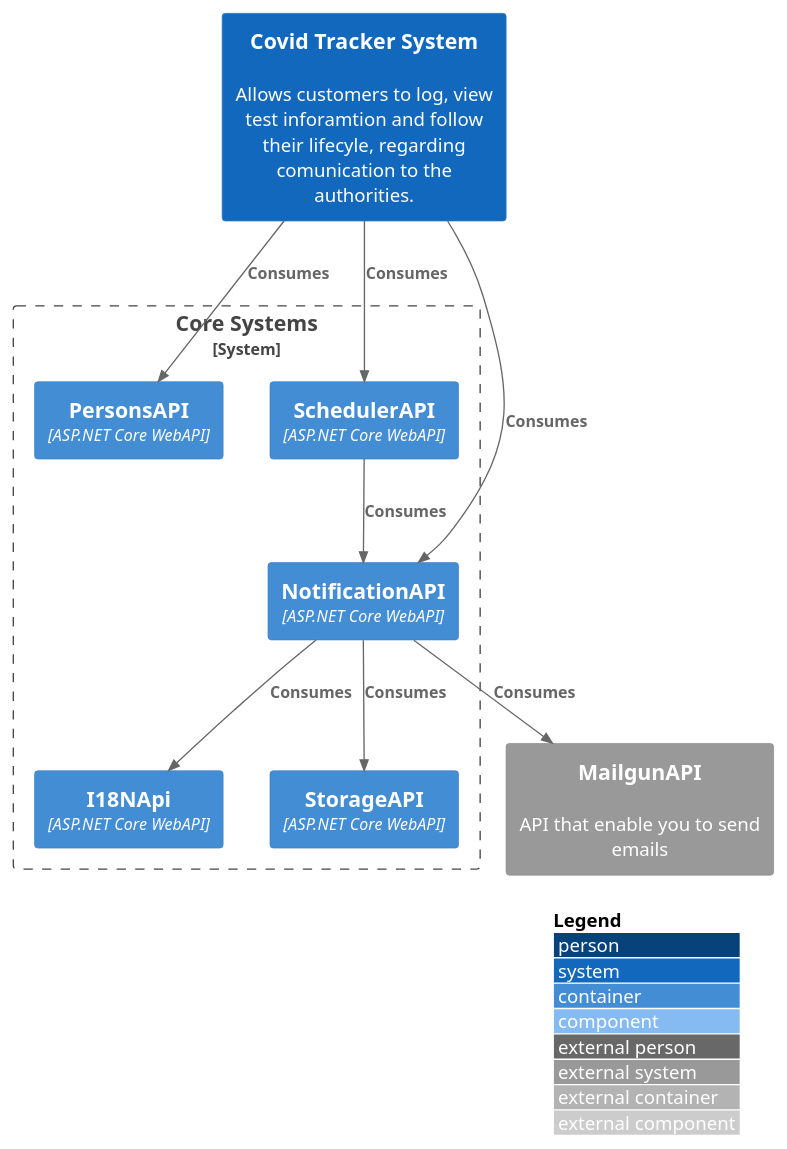
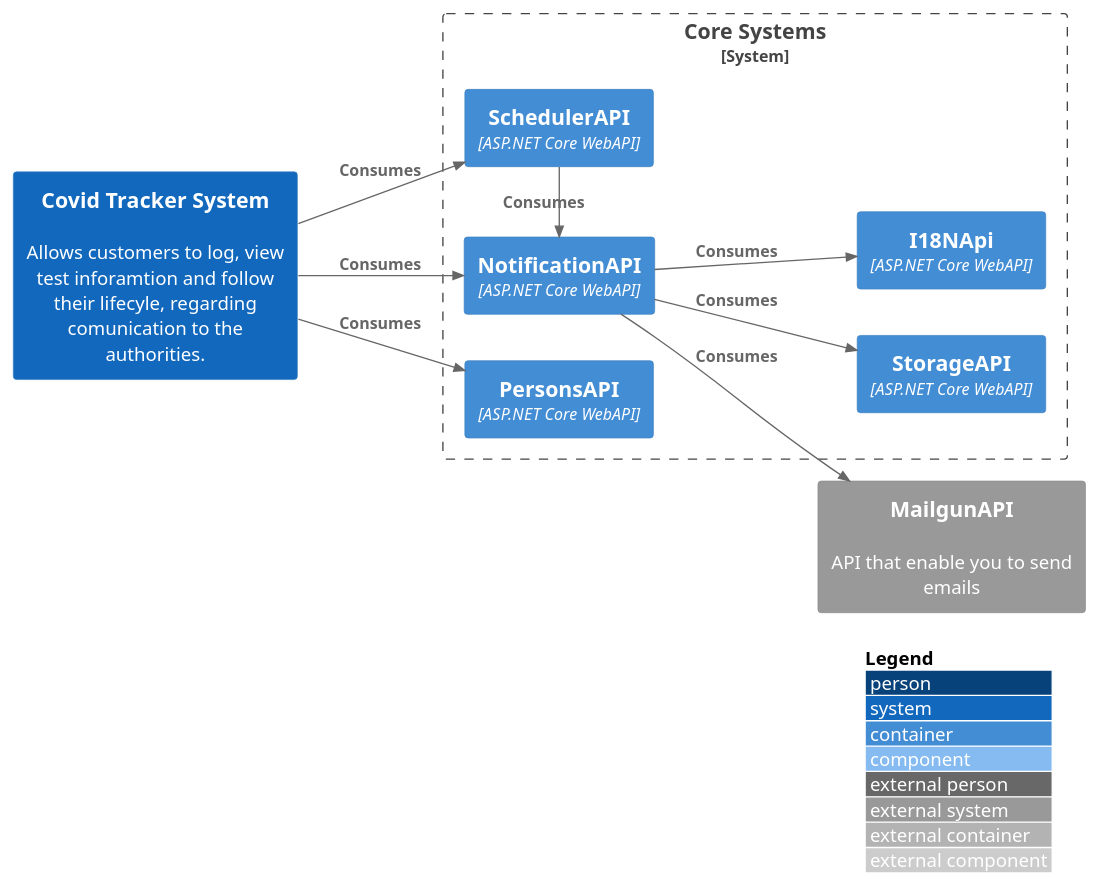
Before and after one commit to Huge-Tower/HT-Ecosystem: the diagram in src/Core System/context.puml, drawn with PlantUML. The commit also changed 27 other files, not shown here.

```diff
--- a/src/Core System/context.puml
+++ b/src/Core System/context.puml
@@ -1,27 +1,29 @@
 @startuml
 !include https://raw.githubusercontent.com/adrianvlupu/C4-PlantUML/latest/C4_Component.puml
 
+
+LAYOUT_LEFT_RIGHT()
 
 LAYOUT_WITH_LEGEND()
 
 System_Boundary(coreSysBoundary, "Core Systems") {
     Container(personsAPI, "PersonsAPI", "ASP.NET Core WebAPI", "")
     Container(schedulerAPI, "SchedulerAPI", "ASP.NET Core WebAPI", "")
     Container(notificationAPI, "NotificationAPI", "ASP.NET Core WebAPI", "")
     Container(i18NApi, "I18NApi", "ASP.NET Core WebAPI", "")
     Container(storageAPI, "StorageAPI", "ASP.NET Core WebAPI", "")
 
-    Rel(schedulerAPI, notificationAPI, "Consumes")
+    Rel_R(schedulerAPI, notificationAPI, "Consumes")
     Rel(notificationAPI, i18NApi, "Consumes")
     Rel(notificationAPI, storageAPI, "Consumes")
 }
 System_Ext(mailgunAPI, "MailgunAPI", "API that enable you to send emails")
 System(covidtrackersys, "Covid Tracker System", "Allows customers to log, view test inforamtion and follow their lifecyle, regarding comunication to the authorities.")
 
 
 Rel(notificationAPI, mailgunAPI, "Consumes")
 Rel(covidtrackersys, notificationAPI, "Consumes")
 Rel(covidtrackersys, schedulerAPI, "Consumes")
 Rel(covidtrackersys, personsAPI, "Consumes")
 
 @enduml
```
